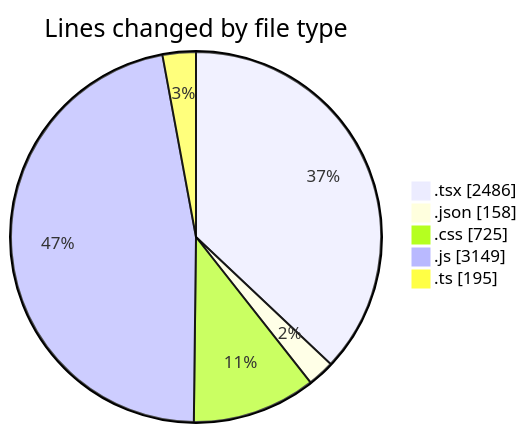
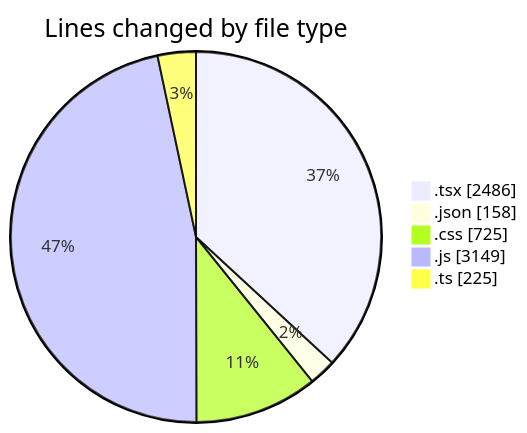
One commit to Elitesun/code-tracking changed the first of 2 diagrams in 2025-05-15/laala_boost/README.md. Above: the diagram before and after it, drawn with Mermaid. The commit also changed other lines of this file and 1 other file, not shown here.

````diff
--- a/2025-05-15/laala_boost/README.md
+++ b/2025-05-15/laala_boost/README.md
@@ -39,9 +40,9 @@
 ```mermaid
 pie showData
 title Lines changed by file type
 ".tsx" : 2486
 ".json" : 158
 ".css" : 725
 ".js" : 3149
-".ts" : 195
+".ts" : 225
 ```
````
